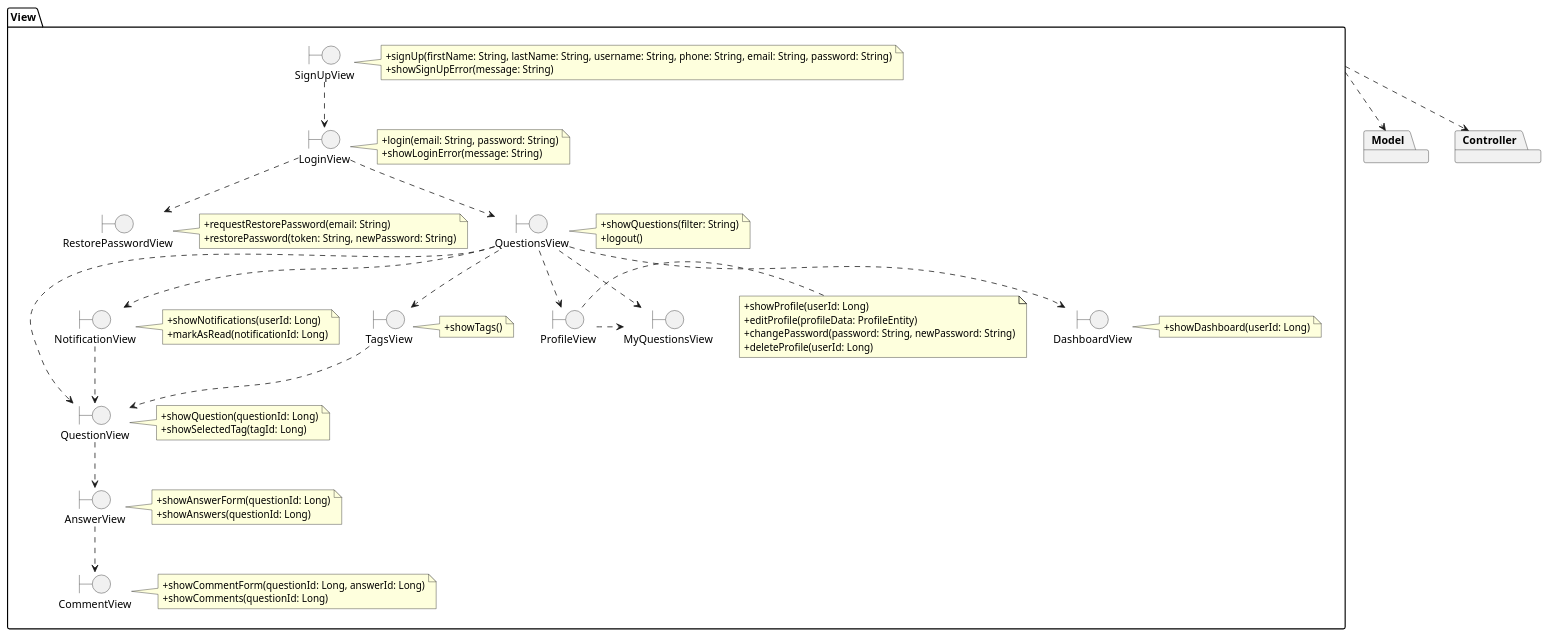
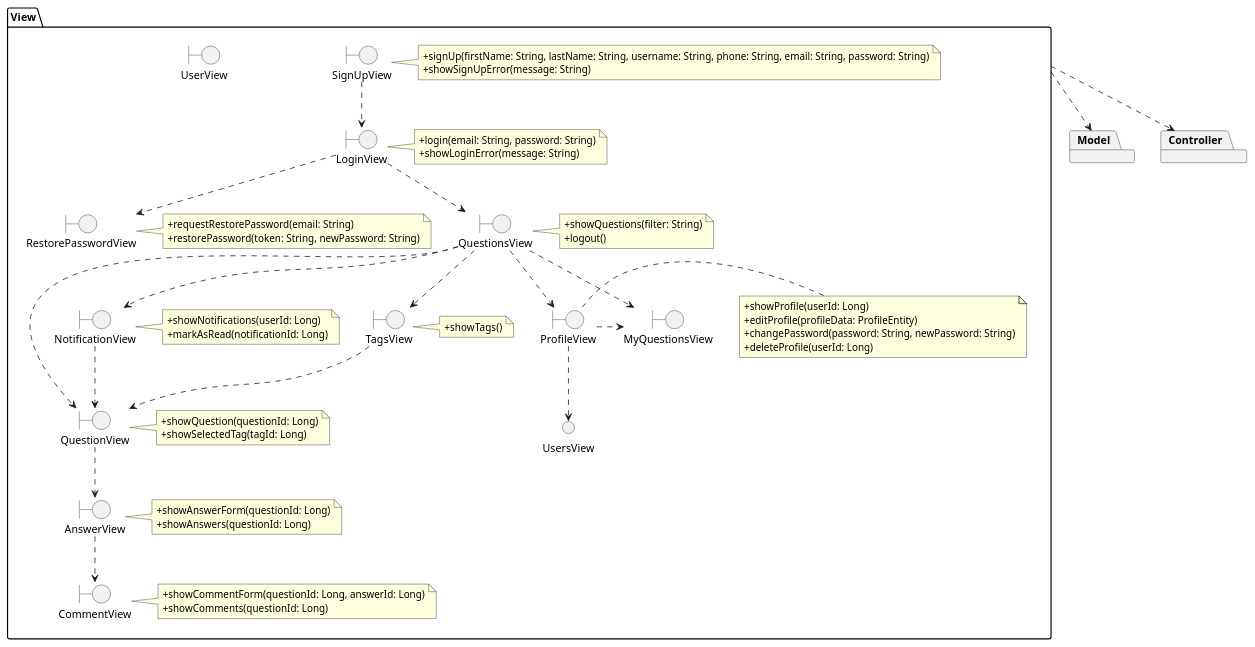
Before and after one commit to rafaelacirino/miw-backend-foro: the diagram in src/main/resources/templates/logic/packageView.puml, drawn with PlantUML. The commit also changed 9 other files, not shown here.

Commit message:
update diagrams

```diff
--- a/src/main/resources/templates/logic/packageView.puml
+++ b/src/main/resources/templates/logic/packageView.puml
@@ -1,98 +1,96 @@
 @startuml
 
 package Model {
 }
 
 package Controller {
 }
 
 View .down.> Controller
 View .down.> Model
 
 package View {
     boundary SignUpView
         note right of SignUpView
             +signUp(firstName: String, lastName: String, username: String, phone: String, email: String, password: String)
             +showSignUpError(message: String)
         end note
 
     boundary LoginView
     note right of LoginView
         +login(email: String, password: String)
         +showLoginError(message: String)
     end note
 
     boundary RestorePasswordView
     note right of RestorePasswordView
         +requestRestorePassword(email: String)
         +restorePassword(token: String, newPassword: String)
     end note
 
     boundary QuestionsView
     note right of QuestionsView
         +showQuestions(filter: String)
         +logout()
     end note
 
     boundary MyQuestionsView
 
     boundary QuestionView
     note right of QuestionView
         +showQuestion(questionId: Long)
         +showSelectedTag(tagId: Long)
     end note
 
     boundary AnswerView
     note right of AnswerView
         +showAnswerForm(questionId: Long)
         +showAnswers(questionId: Long)
     end note
 
     boundary CommentView
     note right of CommentView
         +showCommentForm(questionId: Long, answerId: Long)
         +showComments(questionId: Long)
     end note
 
     boundary NotificationView
     note right of NotificationView
         +showNotifications(userId: Long)
         +markAsRead(notificationId: Long)
     end note
 
     boundary TagsView
     note right of TagsView
         +showTags()
     end note
 
     boundary ProfileView
     note right of ProfileView
         +showProfile(userId: Long)
         +editProfile(profileData: ProfileEntity)
         +changePassword(password: String, newPassword: String)
         +deleteProfile(userId: Long)
     end note
 
-    boundary DashboardView
-    note right of DashboardView
-        +showDashboard(userId: Long)
-    end note
+    boundary UserView
+
 
     SignUpView ..> LoginView
     LoginView ..> QuestionsView
     LoginView ..> RestorePasswordView
     QuestionsView ..> QuestionView
     QuestionsView ..> NotificationView
     QuestionsView ..> TagsView
     QuestionsView ..> ProfileView
-    QuestionsView ..> DashboardView
     QuestionView ..> AnswerView
     AnswerView ..> CommentView
     NotificationView ..> QuestionView
     TagsView ..> QuestionView
     QuestionsView .right.> MyQuestionsView
     ProfileView .right.> MyQuestionsView
+    ProfileView ..> UsersView
 
 }
 
 @enduml
```
